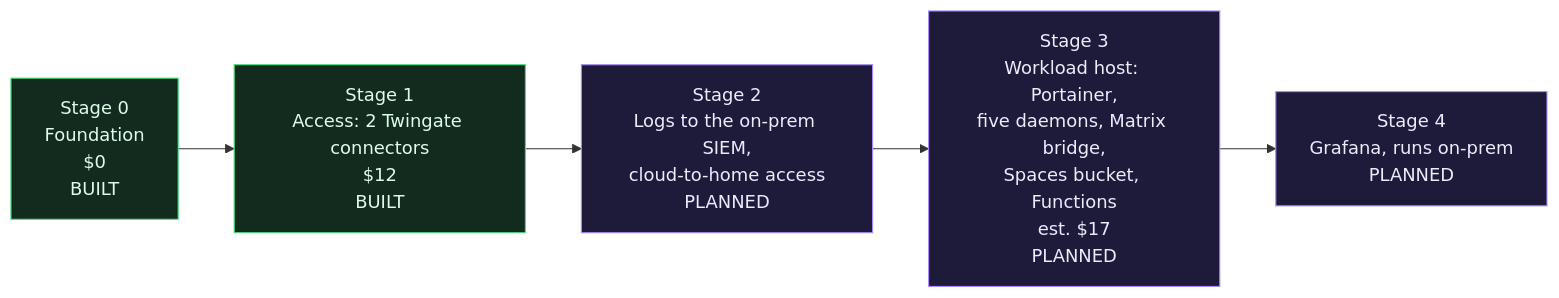
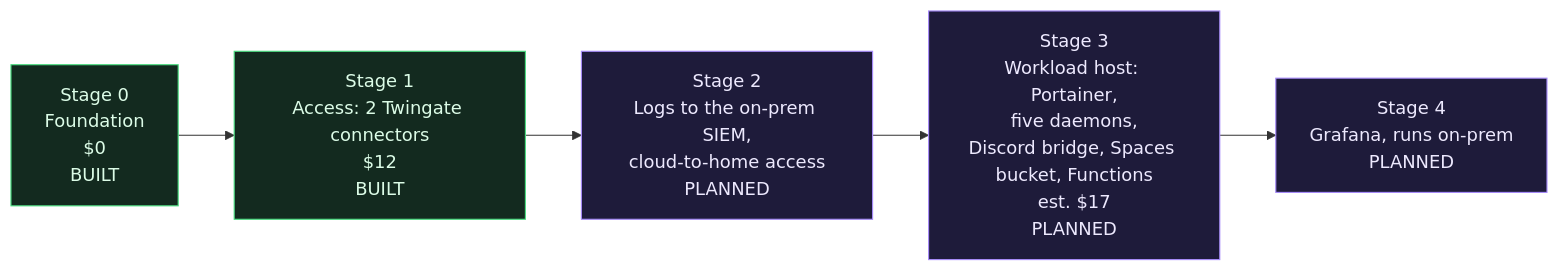
Before and after one commit to ChiefGyk3D/Clouds-Against-Humanity: the diagram in docs/wiki/Roadmap.md, drawn with Mermaid. The commit also changed other lines of this file and 3 other files, not shown here.

First line of the commit message:
docs: stage 3 draft, self-hosted mautrix-discord (Go) bridge, backups, etke.cc alternative (#17)

````diff
--- a/docs/wiki/Roadmap.md
+++ b/docs/wiki/Roadmap.md
@@ -5,12 +5,12 @@
 ```mermaid
 flowchart LR
     s0["Stage 0<br/>Foundation<br/>$0<br/>BUILT"]:::done
     s1["Stage 1<br/>Access: 2 Twingate connectors<br/>$12<br/>BUILT"]:::done
     s2["Stage 2<br/>Logs to the on-prem SIEM,<br/>cloud-to-home access<br/>PLANNED"]:::plan
-    s3["Stage 3<br/>Workload host: Portainer,<br/>five daemons, Matrix bridge,<br/>Spaces bucket, Functions<br/>est. $17<br/>PLANNED"]:::plan
+    s3["Stage 3<br/>Workload host: Portainer,<br/>five daemons,<br/>Discord bridge, Spaces bucket, Functions<br/>est. $17<br/>PLANNED"]:::plan
     s4["Stage 4<br/>Grafana, runs on-prem<br/>PLANNED"]:::plan
     s0 --> s1 --> s2 --> s3 --> s4
 
     classDef done fill:#132a1f,stroke:#4ade80,color:#dcfce7
     classDef plan fill:#1e1b3a,stroke:#a78bfa,color:#ede9fe
 ```
````
